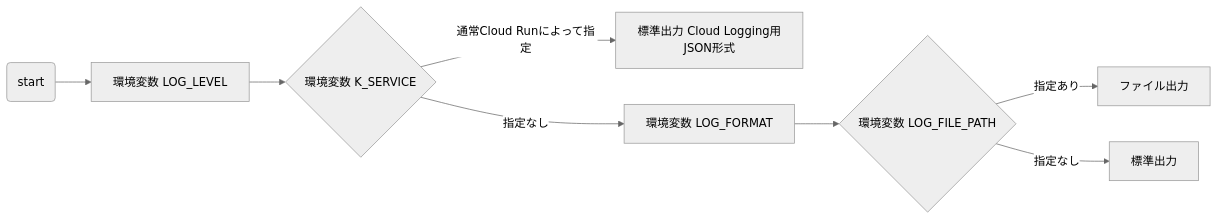
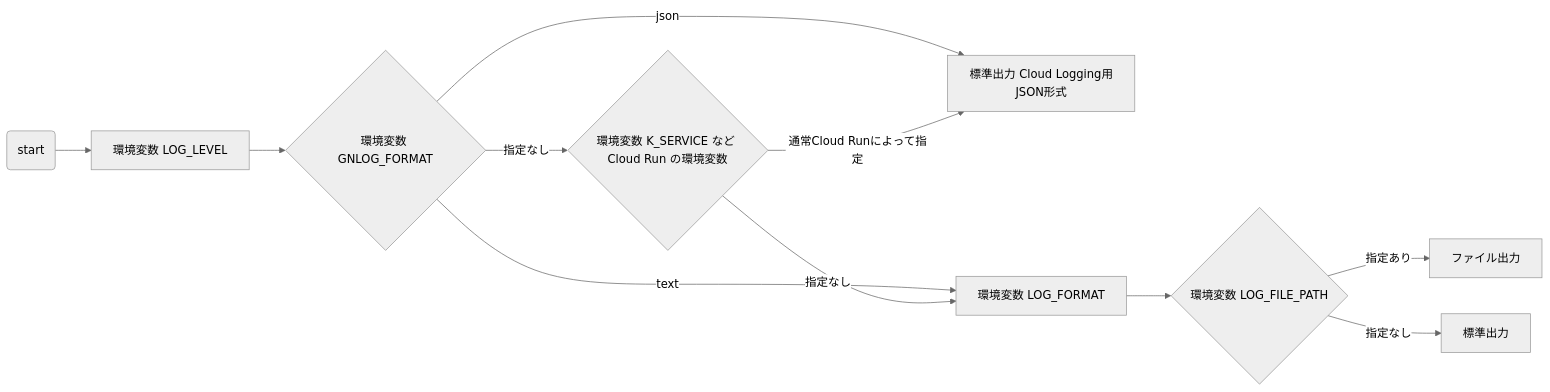
The diagram in README.md (tengine/py-gn-log), drawn with Mermaid (neutral theme) before and after one commit. The commit also changed other lines of this file and 3 other files, not shown here.

First line of the commit message:
✨ Cloud Run 外でも JSON 形式を選べる GNLOG_FORMAT と Initializer(json=...) を追加

````diff
--- a/README.md
+++ b/README.md
@@ -60,10 +60,13 @@
 ```mermaid
 flowchart LR
     S(start) --> A[環境変数 LOG_LEVEL]
-    A --> B{環境変数 K_SERVICE}
-    B -->|通常Cloud Runによって指定| C[標準出力 Cloud Logging用JSON形式]
-    B --> |指定なし| D[環境変数 LOG_FORMAT]
+    A --> J{環境変数 GNLOG_FORMAT}
+    J -->|json| C[標準出力 Cloud Logging用JSON形式]
+    J -->|text| D[環境変数 LOG_FORMAT]
+    J -->|指定なし| B{環境変数 K_SERVICE など Cloud Run の環境変数}
+    B -->|通常Cloud Runによって指定| C
+    B --> |指定なし| D
     D --> E{環境変数 LOG_FILE_PATH}
     E -->|指定あり| F[ファイル出力]
     E -->|指定なし| G[標準出力]
 ```
````
